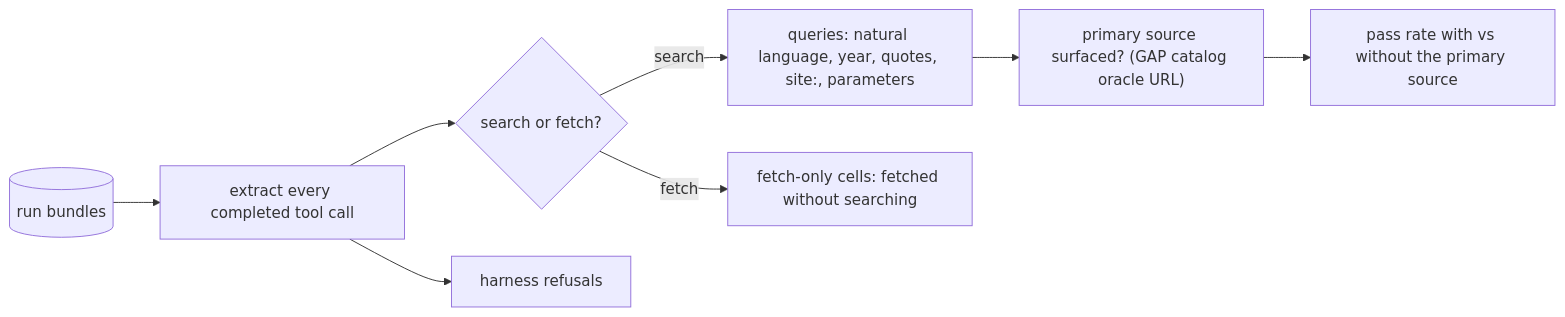
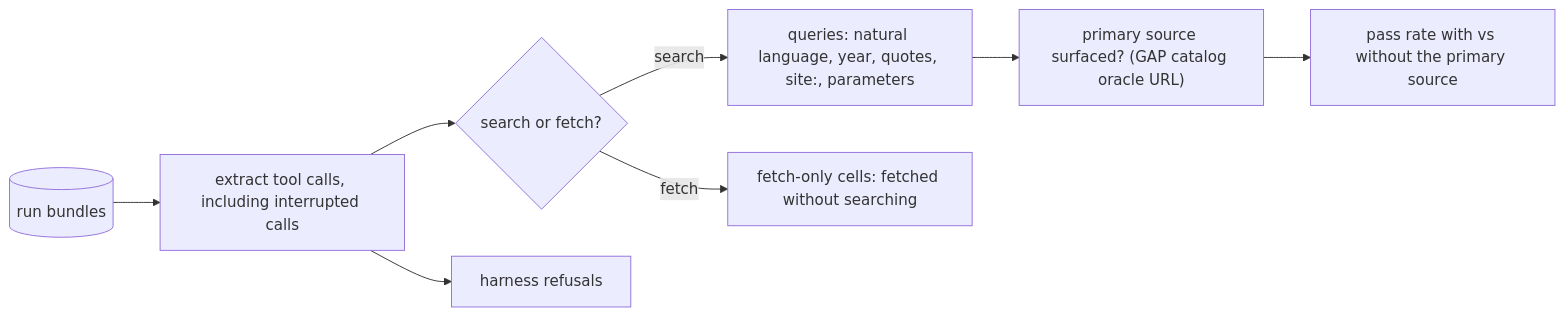
One commit to laceyenterprises/searchlight changed the fifth of 8 diagrams in README.md. Above: the diagram before and after it, drawn with Mermaid. The commit also changed other lines of this file and 9 other files, not shown here.

````diff
--- a/README.md
+++ b/README.md
@@ -259,10 +262,10 @@
 ```mermaid
 flowchart LR
-  B[("run bundles")] --> E["extract every completed tool call"]
+  B[("run bundles")] --> E["extract tool calls, including interrupted calls"]
   E --> C{"search or fetch?"}
   C -->|search| Q["queries: natural language, year, quotes, site:, parameters"]
   C -->|fetch| F["fetch-only cells: fetched without searching"]
   E --> X["harness refusals"]
   Q --> O["primary source surfaced? (GAP catalog oracle URL)"]
   O --> P["pass rate with vs without the primary source"]
 ```
````
